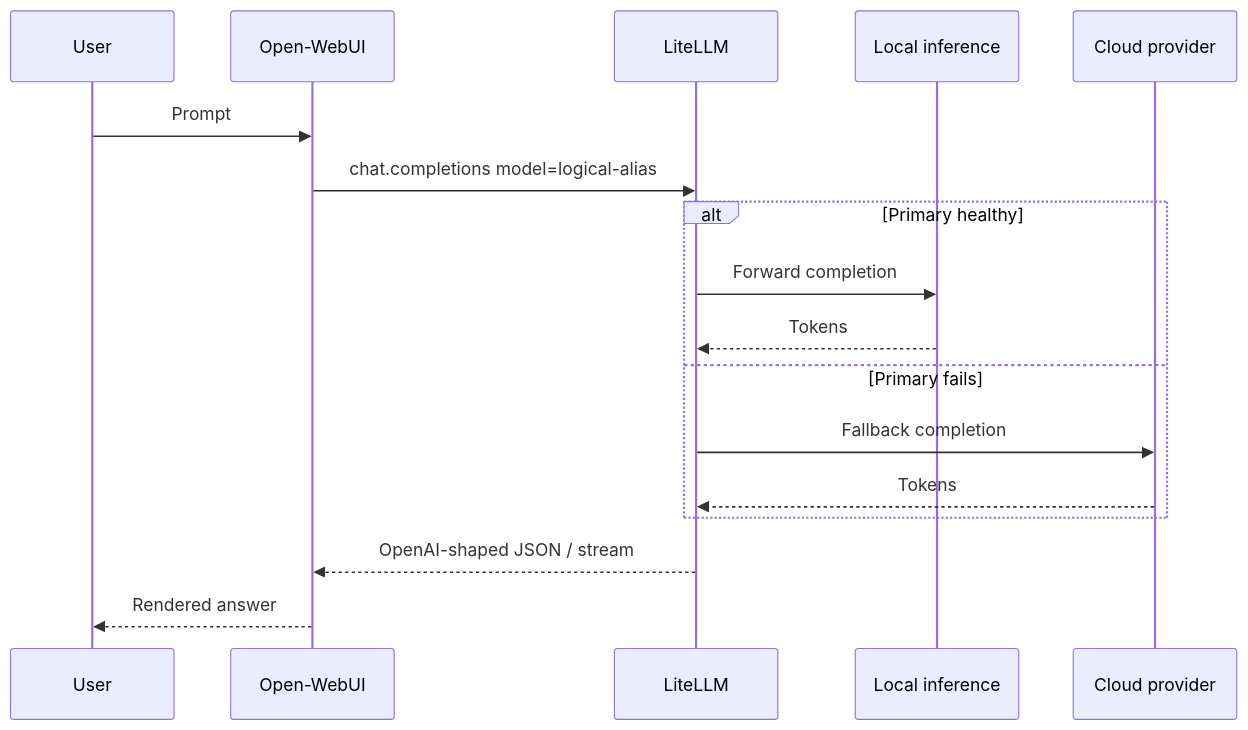
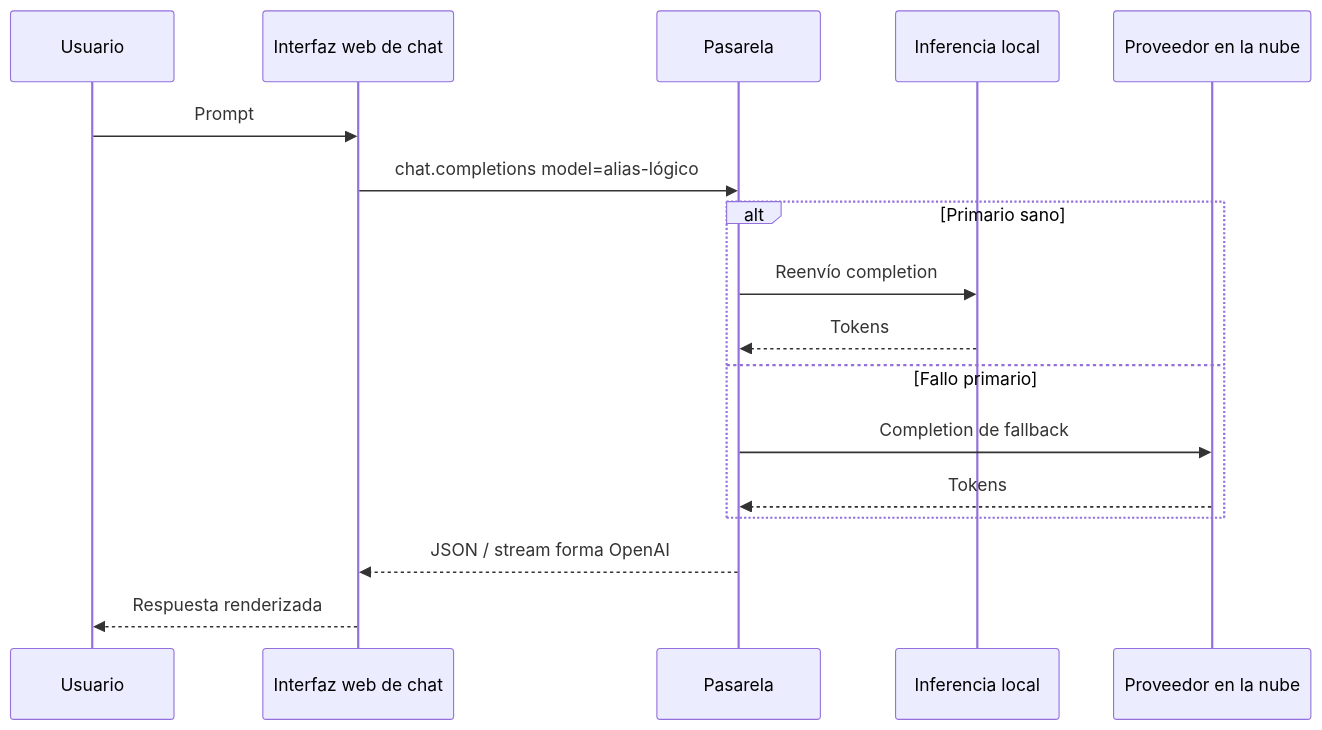
Before and after one commit to 13g4d0/docu-es: the second of 2 diagrams in docs/as-built/inference-gateway.md, drawn with Mermaid. The commit also changed other lines of this file and 38 other files, not shown here.

````diff
--- a/docs/as-built/inference-gateway.md
+++ b/docs/as-built/inference-gateway.md
@@ -44,20 +44,20 @@
 ```mermaid
 sequenceDiagram
-  participant U as User
-  participant O as Open-WebUI
-  participant L as LiteLLM
-  participant P as Local inference
-  participant C as Cloud provider
+  participant U as Usuario
+  participant O as Interfaz web de chat
+  participant L as Pasarela
+  participant P as Inferencia local
+  participant C as Proveedor en la nube
 
   U->>O: Prompt
-  O->>L: chat.completions model=logical-alias
-  alt Primary healthy
-    L->>P: Forward completion
+  O->>L: chat.completions model=alias-lógico
+  alt Primario sano
+    L->>P: Reenvío completion
     P-->>L: Tokens
-  else Primary fails
-    L->>C: Fallback completion
+  else Fallo primario
+    L->>C: Completion de fallback
     C-->>L: Tokens
   end
-  L-->>O: OpenAI-shaped JSON / stream
-  O-->>U: Rendered answer
+  L-->>O: JSON / stream forma OpenAI
+  O-->>U: Respuesta renderizada
 ```
````
